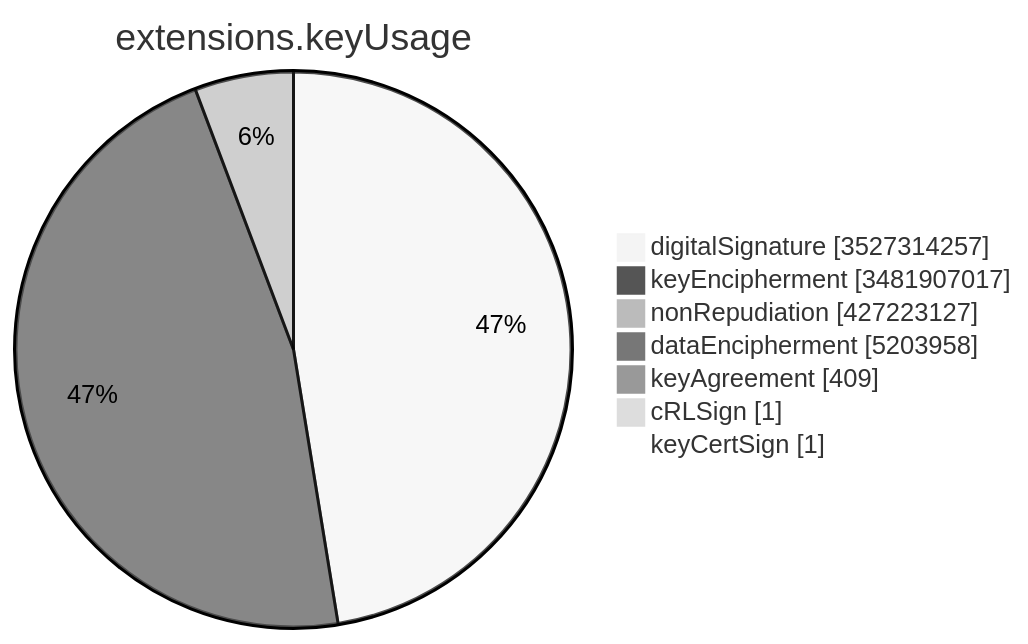
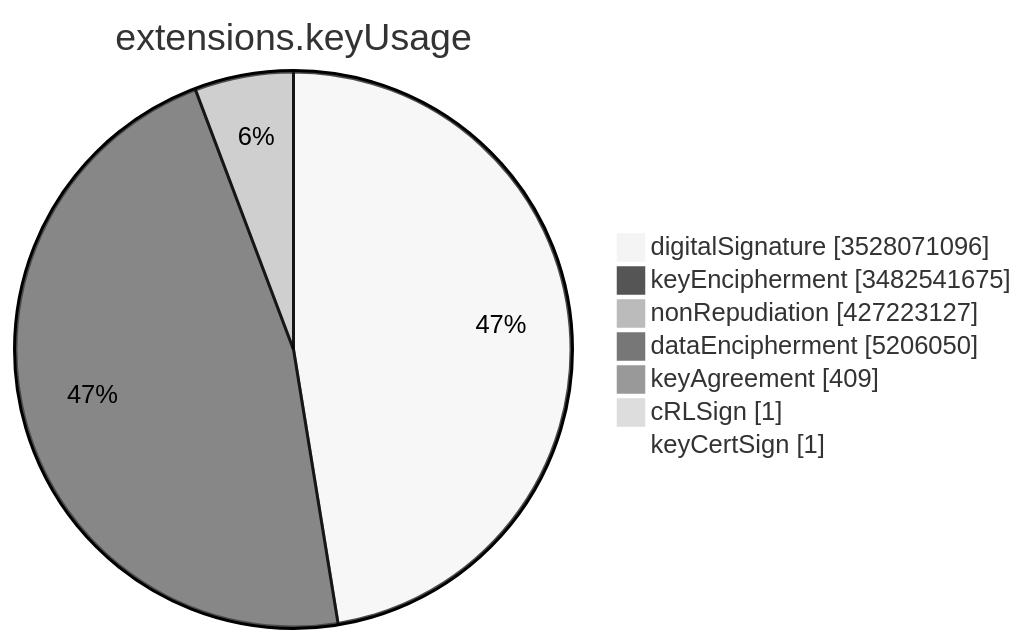
One commit to christiankrug/ctmonitor_visualization changed the sixth of 15 diagrams in TOTAL/README.md. Above: the diagram before and after it, drawn with Mermaid (neutral theme). The commit also changed other lines of this file, not shown here.

````diff
--- a/TOTAL/README.md
+++ b/TOTAL/README.md
@@ -3083,11 +3083,11 @@
 ```mermaid
 pie showData
 title extensions.keyUsage
-"digitalSignature" :3527314257
-"keyEncipherment" :3481907017
+"digitalSignature" :3528071096
+"keyEncipherment" :3482541675
 "nonRepudiation" :427223127
-"dataEncipherment" :5203958
+"dataEncipherment" :5206050
 "keyAgreement" :409
 "cRLSign" :1
 "keyCertSign" :1
 ```
````
